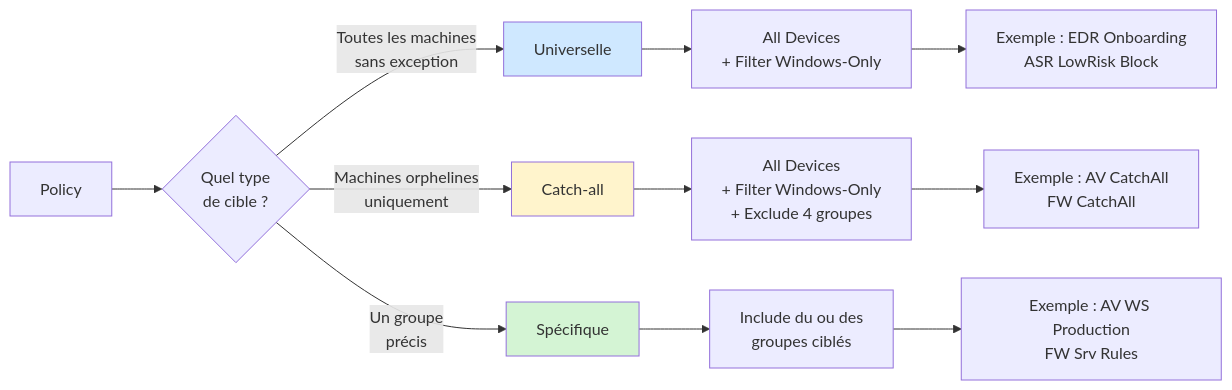
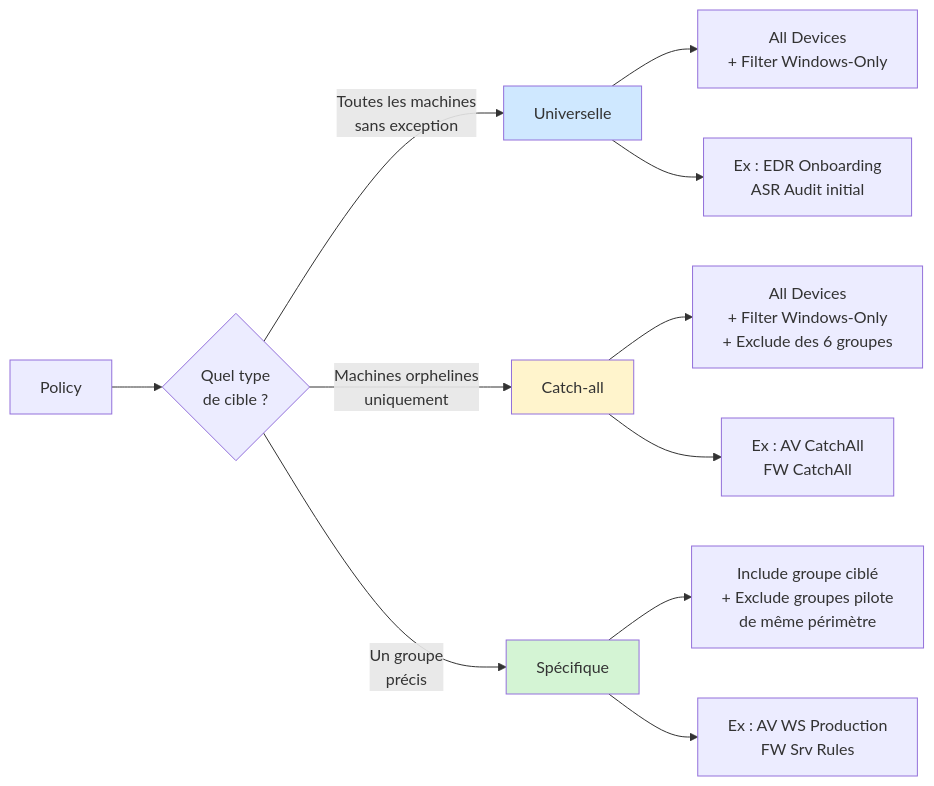
The second of 3 diagrams in _posts/series/mde-foundations/2026-06-06-mde-foundations-ep4-strategie-catch-all.md (sebastienmiro/sebastienmiro.github.io), drawn with Mermaid before and after one commit. The commit also changed other lines of this file and 8 other files, not shown here.

````diff
--- a/_posts/series/mde-foundations/2026-06-06-mde-foundations-ep4-strategie-catch-all.md
+++ b/_posts/series/mde-foundations/2026-06-06-mde-foundations-ep4-strategie-catch-all.md
@@ -125,20 +153,20 @@
 ```mermaid
 flowchart LR
     A[Policy] --> B{Quel type<br/>de cible ?}
 
     B -->|Toutes les machines<br/>sans exception| C[Universelle]
     B -->|Machines orphelines<br/>uniquement| D[Catch-all]
     B -->|Un groupe<br/>précis| E[Spécifique]
 
     C --> C1[All Devices<br/>+ Filter Windows-Only]
-    D --> D1[All Devices<br/>+ Filter Windows-Only<br/>+ Exclude 4 groupes]
-    E --> E1[Include du ou des<br/>groupes ciblés]
+    D --> D1[All Devices<br/>+ Filter Windows-Only<br/>+ Exclude des 6 groupes]
+    E --> E1[Include groupe ciblé<br/>+ Exclude groupes pilote<br/>de même périmètre]
 
-    C1 --> C2[Exemple : EDR Onboarding<br/>ASR LowRisk Block]
-    D1 --> D2[Exemple : AV CatchAll<br/>FW CatchAll]
-    E1 --> E2[Exemple : AV WS Production<br/>FW Srv Rules]
+    C --> C2[Ex : EDR Onboarding<br/>ASR Audit initial]
+    D --> D2[Ex : AV CatchAll<br/>FW CatchAll]
+    E --> E2[Ex : AV WS Production<br/>FW Srv Rules]
 
     style C fill:#cfe8ff
     style D fill:#fff4cc
     style E fill:#d4f4d4
 ```
````
